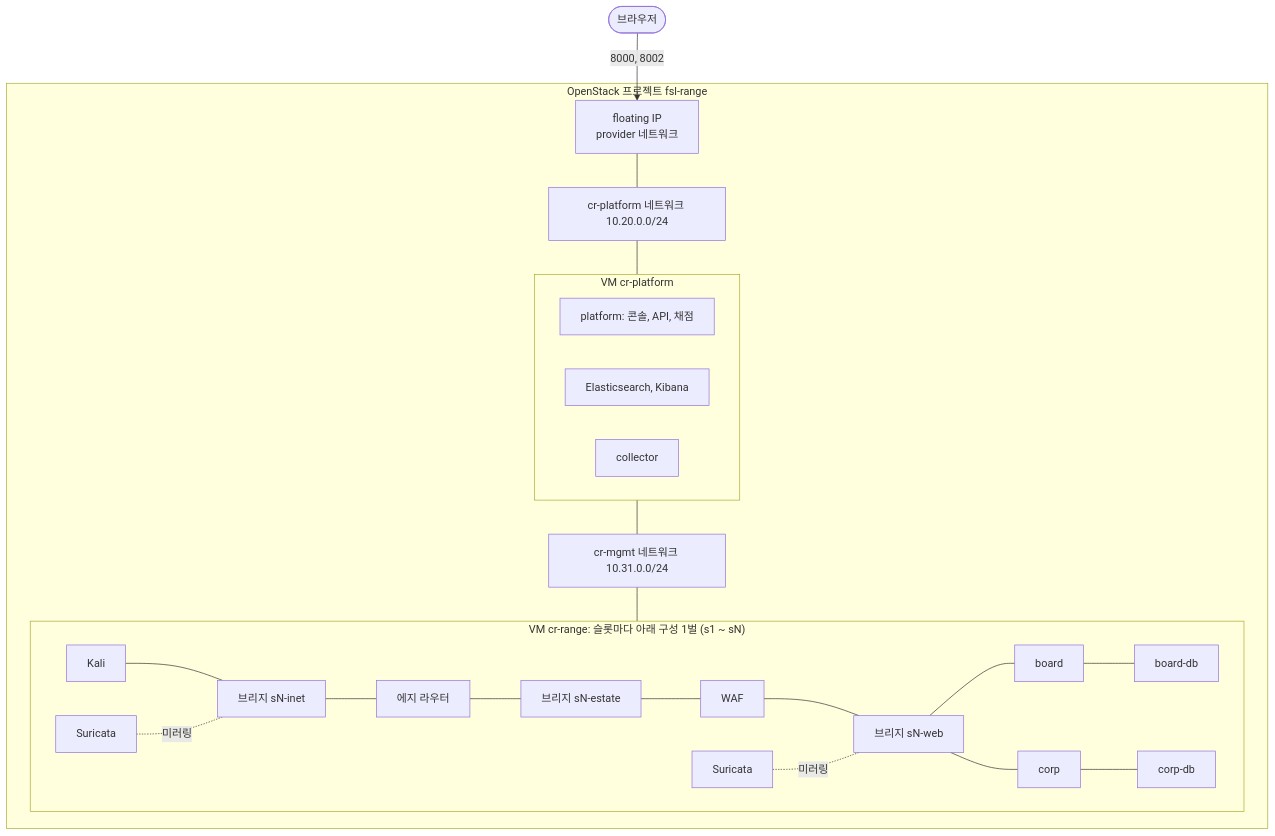
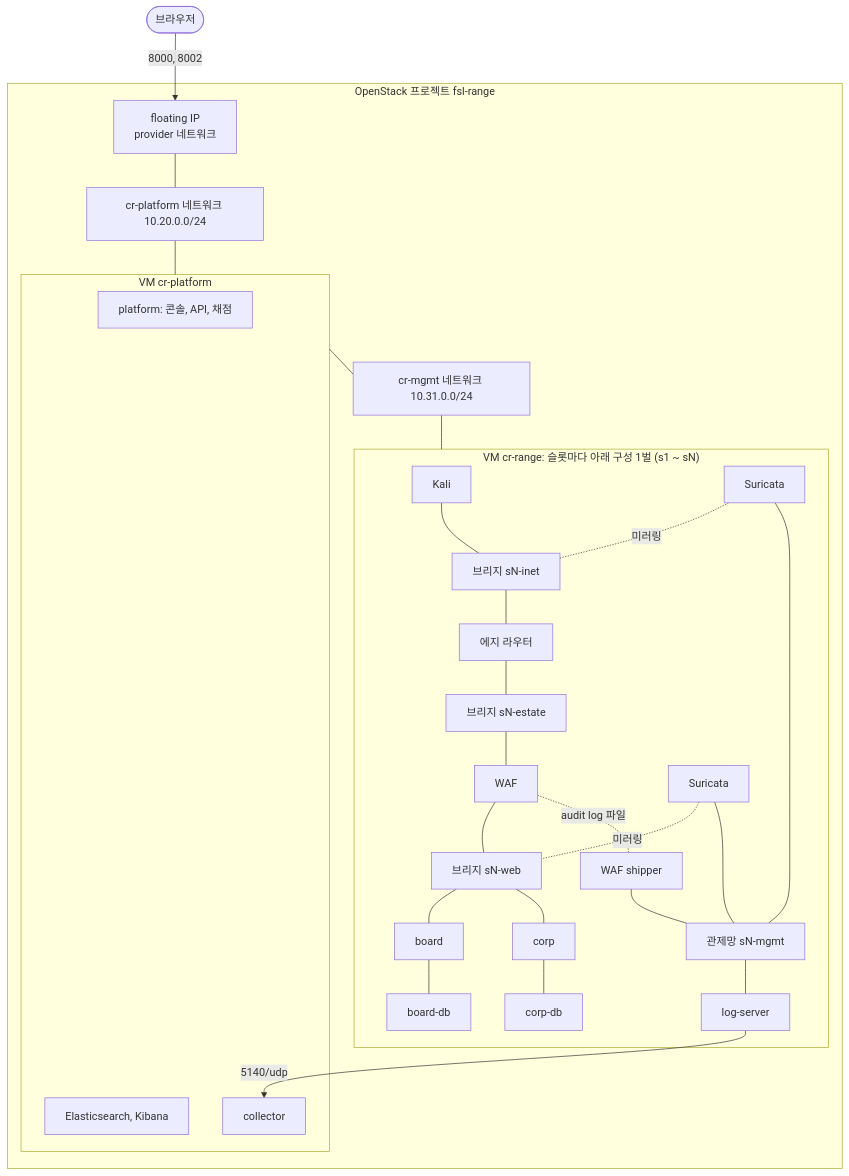
The diagram in README.md (Nekonic/fsl-project-mvp), drawn with Mermaid before and after one commit. The commit also changed other lines of this file and 6 other files, not shown here.

Commit message:
docs: README, ARCHITECTURE, OPENSTACK, THREAT-MODEL and network.yaml name the 관제망, the log server and the mirrored sensors

````diff
--- a/README.md
+++ b/README.md
@@ -31,28 +31,34 @@
 ```mermaid
 flowchart TB
   user(["브라우저"]) -->|"8000, 8002"| fip["floating IP<br/>provider 네트워크"]
   subgraph os["OpenStack 프로젝트 fsl-range"]
     fip --- pnet["cr-platform 네트워크 10.20.0.0/24"]
     pnet --- pvm
     subgraph pvm["VM cr-platform"]
       platform["platform: 콘솔, API, 채점"]
       elk["Elasticsearch, Kibana"]
       collector["collector"]
     end
     pvm --- mgmt["cr-mgmt 네트워크 10.31.0.0/24"]
     mgmt --- rvm
     subgraph rvm["VM cr-range: 슬롯마다 아래 구성 1벌 (s1 ~ sN)"]
       kali["Kali"] --- inet["브리지 sN-inet"]
       inet --- edge["에지 라우터"]
       edge --- estate["브리지 sN-estate"]
       estate --- waf["WAF"]
       waf --- web["브리지 sN-web"]
       web --- board["board"]
       web --- corp["corp"]
       board --- boarddb["board-db"]
       corp --- corpdb["corp-db"]
       ids1["Suricata"] -. 미러링 .- inet
       ids2["Suricata"] -. 미러링 .- web
+      ids1 --- mgmtbr["관제망 sN-mgmt"]
+      ids2 --- mgmtbr
+      wafship["WAF shipper"] --- mgmtbr
+      waf -. audit log 파일 .- wafship
+      mgmtbr --- logsrv["log-server"]
     end
+    logsrv -->|"5140/udp"| collector
   end
 ```
````
